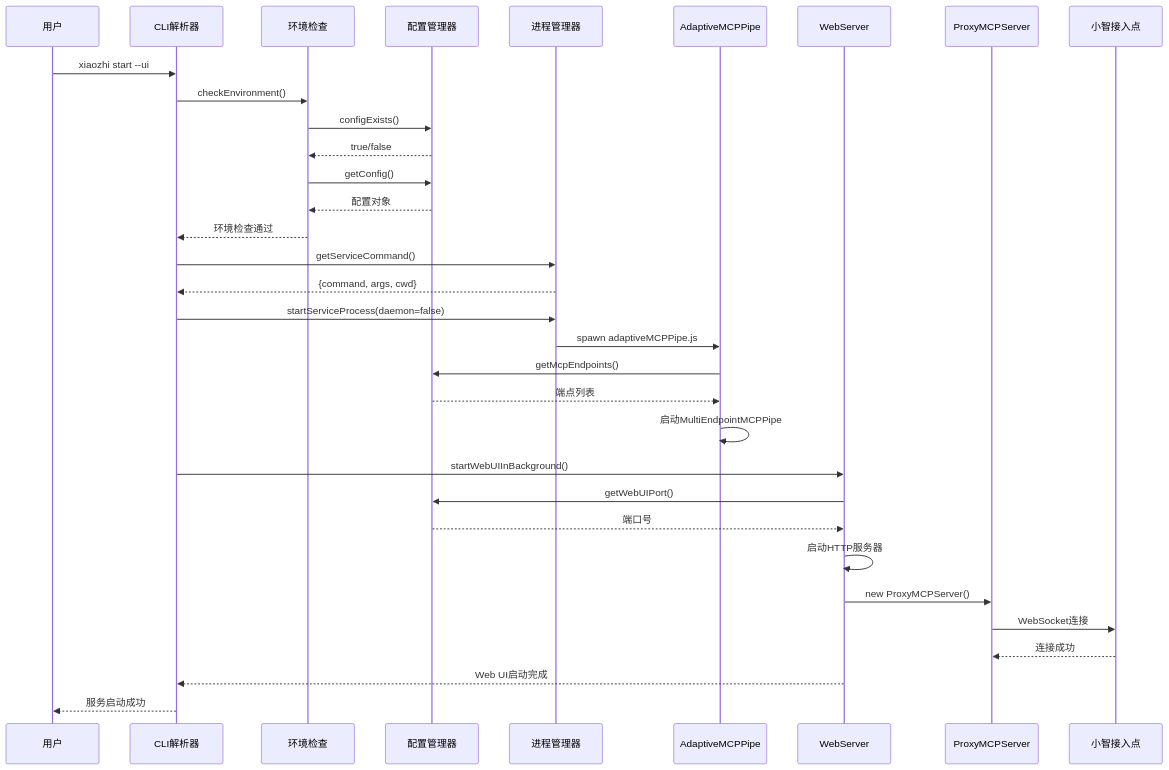
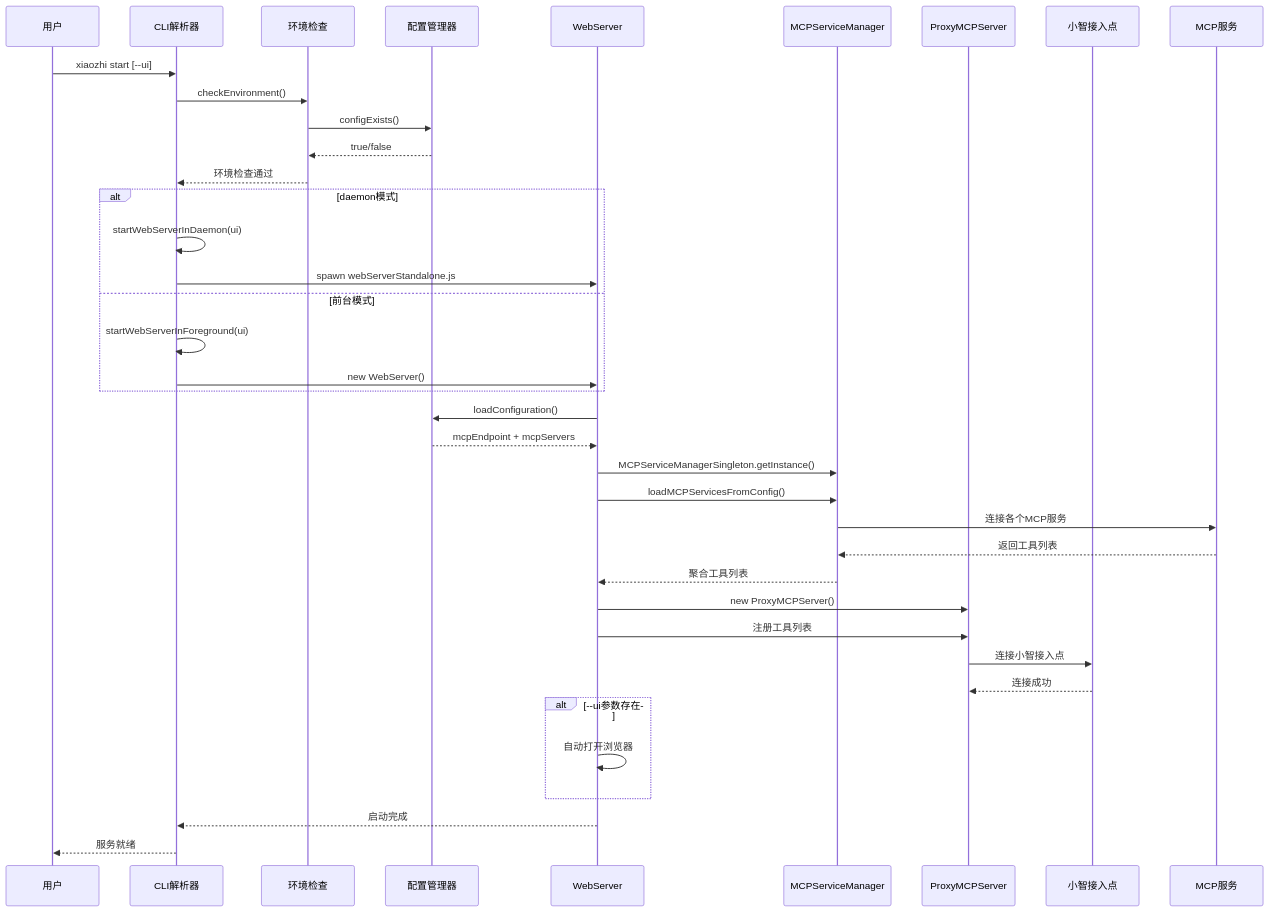
One commit to shenjingnan/xiaozhi-client changed the second of 7 diagrams in xiaozhi-client-architecture-analysis.md. Above: the diagram before and after it, drawn with Mermaid. The commit also changed other lines of this file and 5 other files, not shown here.

````diff
--- a/xiaozhi-client-architecture-analysis.md
+++ b/xiaozhi-client-architecture-analysis.md
@@ -94,40 +104,47 @@
 ```mermaid
 sequenceDiagram
     participant User as 用户
     participant CLI as CLI解析器
     participant ENV as 环境检查
     participant CONFIG as 配置管理器
-    participant PROC as 进程管理器
-    participant AMP as AdaptiveMCPPipe
     participant WEB as WebServer
+    participant MANAGER as MCPServiceManager
     participant PROXY as ProxyMCPServer
     participant XZ as 小智接入点
+    participant MCP as MCP服务
 
-    User->>CLI: xiaozhi start --ui
+    User->>CLI: xiaozhi start [--ui]
     CLI->>ENV: checkEnvironment()
     ENV->>CONFIG: configExists()
     CONFIG-->>ENV: true/false
-    ENV->>CONFIG: getConfig()
-    CONFIG-->>ENV: 配置对象
     ENV-->>CLI: 环境检查通过
 
-    CLI->>PROC: getServiceCommand()
-    PROC-->>CLI: {command, args, cwd}
+    alt daemon模式
+        CLI->>CLI: startWebServerInDaemon(ui)
+        CLI->>WEB: spawn webServerStandalone.js
+    else 前台模式
+        CLI->>CLI: startWebServerInForeground(ui)
+        CLI->>WEB: new WebServer()
+    end
 
-    CLI->>PROC: startServiceProcess(daemon=false)
-    PROC->>AMP: spawn adaptiveMCPPipe.js
-    AMP->>CONFIG: getMcpEndpoints()
-    CONFIG-->>AMP: 端点列表
-    AMP->>AMP: 启动MultiEndpointMCPPipe
+    WEB->>CONFIG: loadConfiguration()
+    CONFIG-->>WEB: mcpEndpoint + mcpServers
 
-    CLI->>WEB: startWebUIInBackground()
-    WEB->>CONFIG: getWebUIPort()
-    CONFIG-->>WEB: 端口号
-    WEB->>WEB: 启动HTTP服务器
+    WEB->>MANAGER: MCPServiceManagerSingleton.getInstance()
+    WEB->>MANAGER: loadMCPServicesFromConfig()
+    MANAGER->>MCP: 连接各个MCP服务
+    MCP-->>MANAGER: 返回工具列表
+    MANAGER-->>WEB: 聚合工具列表
+
     WEB->>PROXY: new ProxyMCPServer()
-    PROXY->>XZ: WebSocket连接
+    WEB->>PROXY: 注册工具列表
+    PROXY->>XZ: 连接小智接入点
     XZ-->>PROXY: 连接成功
 
-    WEB-->>CLI: Web UI启动完成
-    CLI-->>User: 服务启动成功
+    alt --ui参数存在
+        WEB->>WEB: 自动打开浏览器
+    end
+
+    WEB-->>CLI: 启动完成
+    CLI-->>User: 服务就绪
 ```
````
